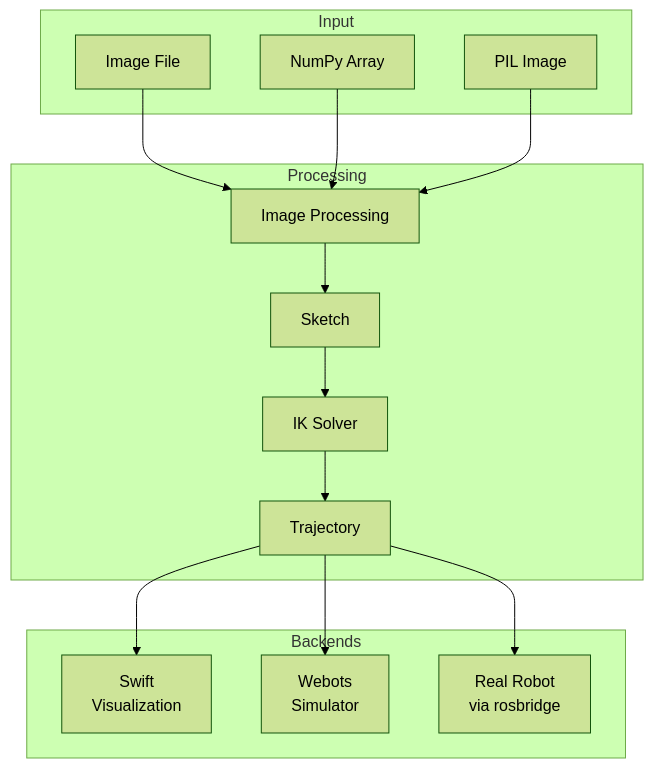
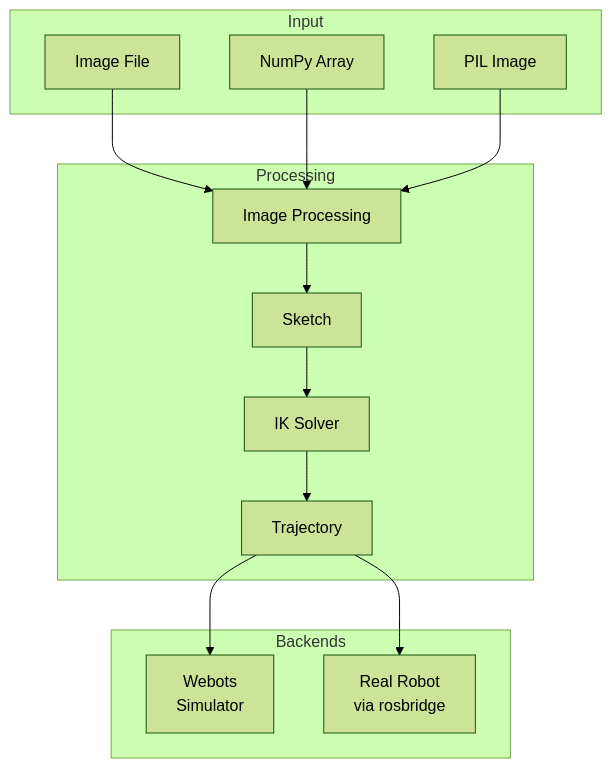
The first of 2 diagrams in docs/architecture/overview.md (mamrehn/pib3), drawn with Mermaid (forest theme) before and after one commit. The commit also changed other lines of this file and 23 other files, not shown here.

First line of the commit message:
Refactor documentation and codebase to remove Swift visualization support

````diff
--- a/docs/architecture/overview.md
+++ b/docs/architecture/overview.md
@@ -14,23 +14,23 @@
 ```mermaid
 graph TB
     subgraph Input
         IMG[Image File]
         ARR[NumPy Array]
         PIL[PIL Image]
     end
 
     subgraph Processing
         IMG --> IP[Image Processing]
         ARR --> IP
         PIL --> IP
         IP --> SK[Sketch]
         SK --> IK[IK Solver]
         IK --> TJ[Trajectory]
     end
 
     subgraph Backends
-        TJ --> SW[Swift<br/>Visualization]
+
         TJ --> WB[Webots<br/>Simulator]
         TJ --> RR[Real Robot<br/>via rosbridge]
     end
 ```
````
